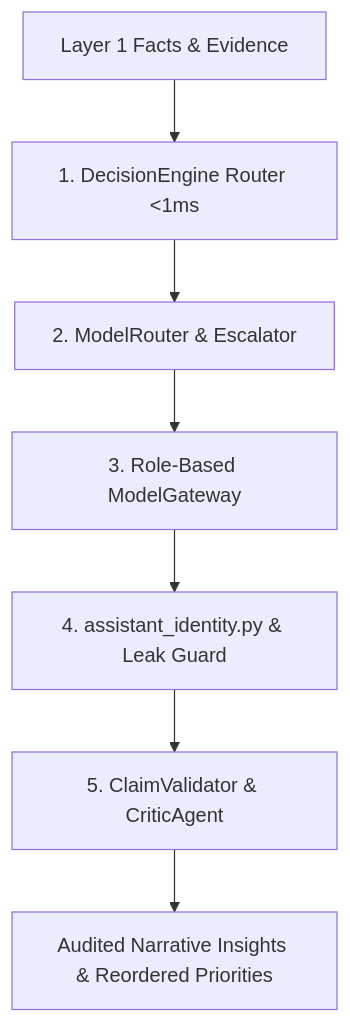
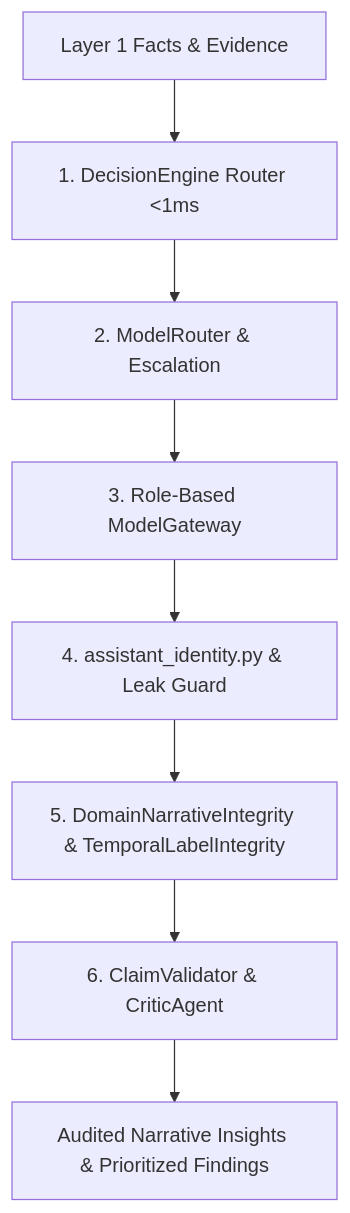
Before and after one commit to er-vinay-india/pulsehr-ai: the diagram in docs/layers/02-cognitive-routing-governance.md, drawn with Mermaid. The commit also changed other lines of this file and 187 other files, not shown here.

````diff
--- a/docs/layers/02-cognitive-routing-governance.md
+++ b/docs/layers/02-cognitive-routing-governance.md
@@ -9,9 +11,10 @@
 ```mermaid
 flowchart TD
     Facts[Layer 1 Facts & Evidence] --> Intent[1. DecisionEngine Router <1ms]
-    Intent --> MRouter[2. ModelRouter & Escalator]
+    Intent --> MRouter[2. ModelRouter & Escalation]
     MRouter --> Gateway[3. Role-Based ModelGateway]
     Gateway --> IdentityGuard[4. assistant_identity.py & Leak Guard]
-    IdentityGuard --> ClaimValidator[5. ClaimValidator & CriticAgent]
-    ClaimValidator --> Out[Audited Narrative Insights & Reordered Priorities]
+    IdentityGuard --> NarrativeGate[5. DomainNarrativeIntegrity & TemporalLabelIntegrity]
+    NarrativeGate --> ClaimValidator[6. ClaimValidator & CriticAgent]
+    ClaimValidator --> Out[Audited Narrative Insights & Prioritized Findings]
 ```
````
